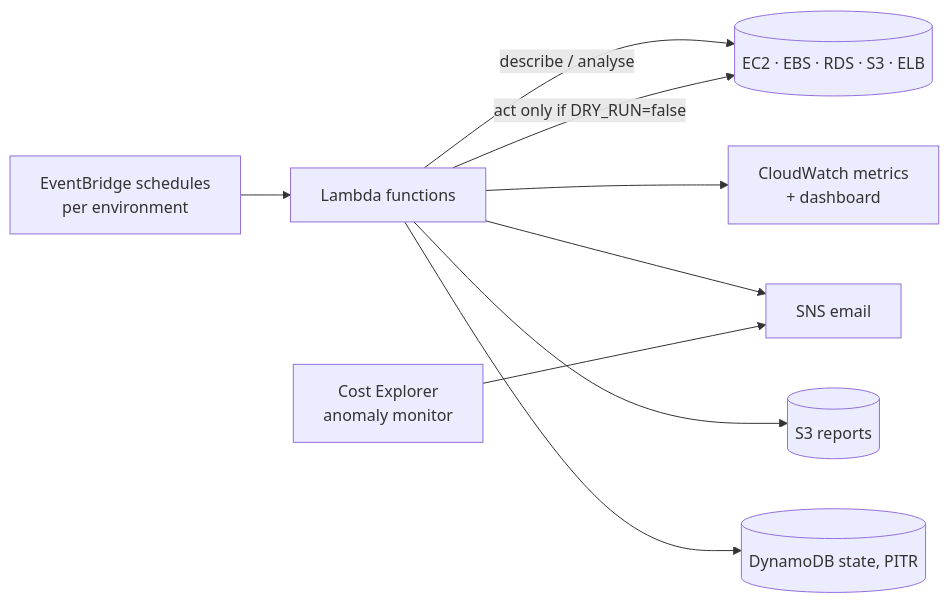
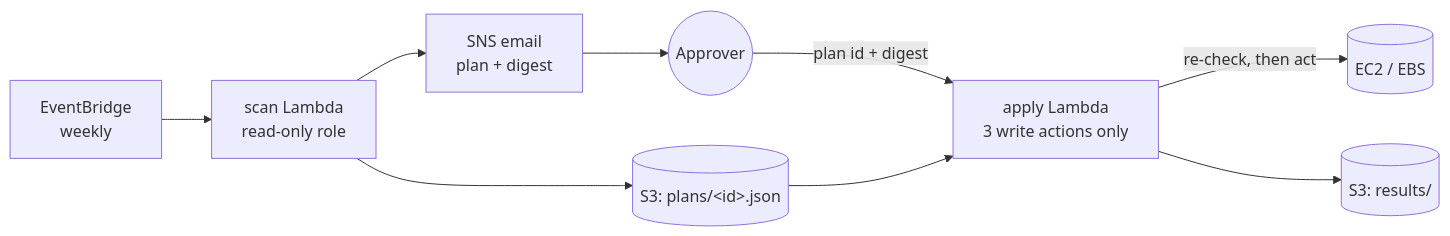
The diagram in README.md (abdihakim-said/aws-finops-platform), drawn with Mermaid before and after one commit. The commit also changed other lines of this file and 79 other files, not shown here.

First line of the commit message:
v2: plan, approve, apply

````diff
--- a/README.md
+++ b/README.md
@@ -15,11 +9,11 @@
 ```mermaid
 flowchart LR
-  EB[EventBridge schedules<br/>per environment] --> L[Lambda functions]
-  L -->|describe / analyse| AWS[(EC2 · EBS · RDS · S3 · ELB)]
-  L -->|act only if DRY_RUN=false| AWS
-  L --> CW[CloudWatch metrics<br/>+ dashboard]
-  L --> SNS[SNS email]
-  CE[Cost Explorer<br/>anomaly monitor] --> SNS
-  L --> S3[(S3 reports)]
-  L --> DDB[(DynamoDB state, PITR)]
+  S[EventBridge<br/>weekly] --> SCAN[scan Lambda<br/>read-only role]
+  SCAN --> PLAN[(S3: plans/&lt;id&gt;.json)]
+  SCAN --> MAIL[SNS email<br/>plan + digest]
+  MAIL --> P((Approver))
+  P -- plan id + digest --> APPLY[apply Lambda<br/>3 write actions only]
+  PLAN --> APPLY
+  APPLY -->|re-check, then act| AWS[(EC2 / EBS)]
+  APPLY --> RES[(S3: results/)]
 ```
````
